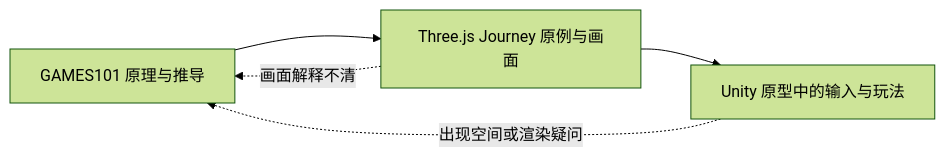
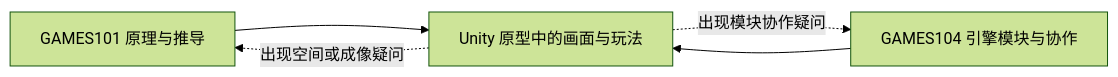
Before and after one commit to hongyesuifeng/openClasses: the first of 5 diagrams in learning-routes/topic-index/3d-game-client.md, drawn with Mermaid (forest theme). The commit also changed other lines of this file and 5 other files, not shown here.

````diff
--- a/learning-routes/topic-index/3d-game-client.md
+++ b/learning-routes/topic-index/3d-game-client.md
@@ -15,7 +15,7 @@
 ```mermaid
 flowchart LR
-    A[GAMES101 原理与推导] --> B[Three.js Journey 原例与画面]
-    B --> C[Unity 原型中的输入与玩法]
-    B -.画面解释不清.-> A
-    C -.出现空间或渲染疑问.-> A
+    A[GAMES101 原理与推导] --> B[Unity 原型中的画面与玩法]
+    C[GAMES104 引擎模块与协作] --> B
+    B -.出现空间或成像疑问.-> A
+    B -.出现模块协作疑问.-> C
 ```
````
